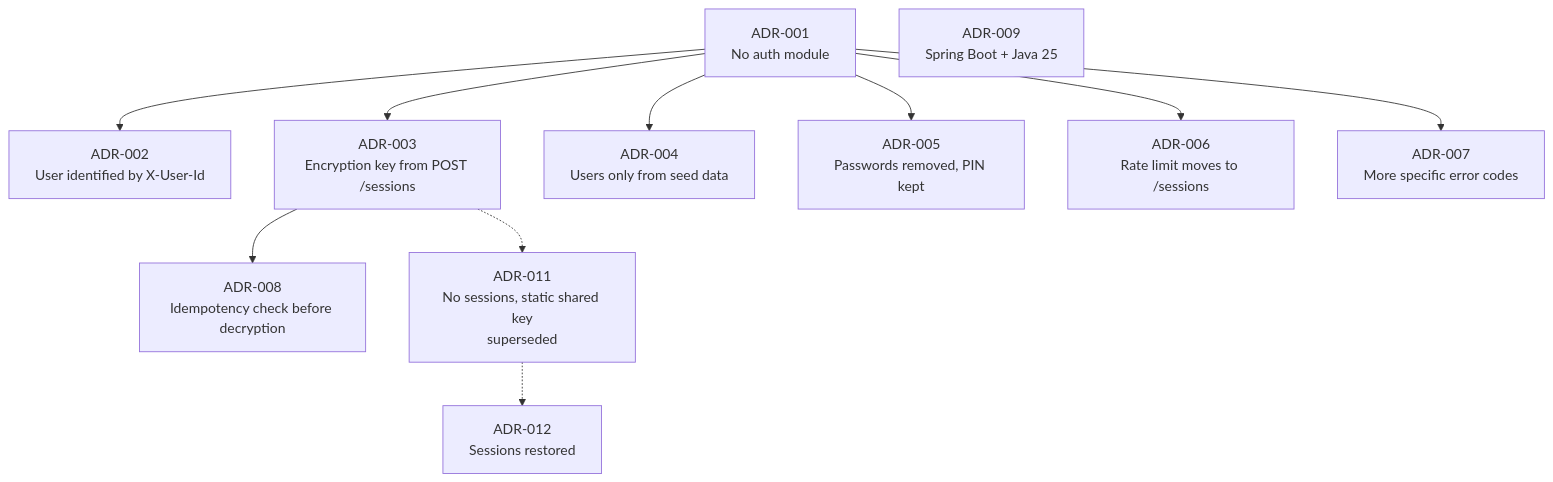
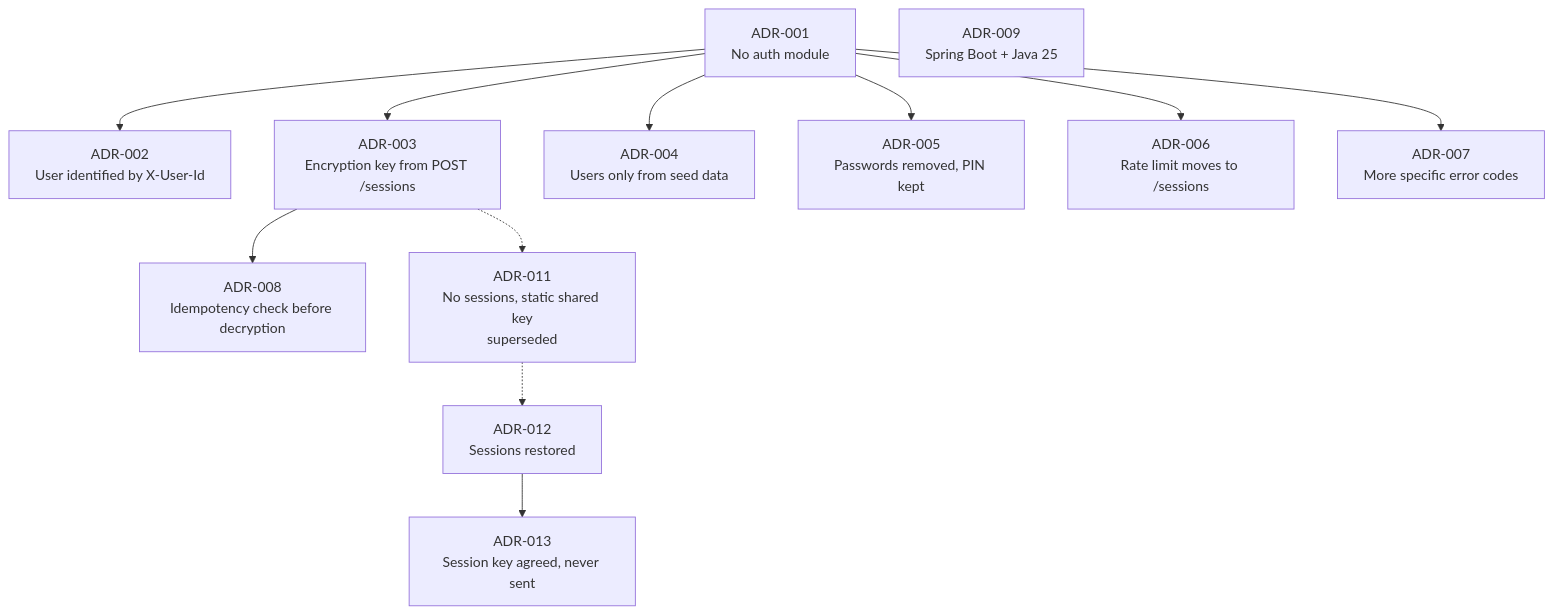
The diagram in docs/DECISIONS.md (M-o-m-e-n/Momkn-pay-backend), drawn with Mermaid before and after one commit. The commit also changed other lines of this file and 3 other files, not shown here.

First line of the commit message:
docs: record session key agreement in ADR-013 and the design docs

````diff
--- a/docs/DECISIONS.md
+++ b/docs/DECISIONS.md
@@ -14,13 +14,14 @@
 ```mermaid
 flowchart TD
     A[ADR-001<br/>No auth module] --> B[ADR-002<br/>User identified by X-User-Id]
     A --> C[ADR-003<br/>Encryption key from POST /sessions]
     A --> D[ADR-004<br/>Users only from seed data]
     A --> E[ADR-005<br/>Passwords removed, PIN kept]
     A --> F[ADR-006<br/>Rate limit moves to /sessions]
     A --> G[ADR-007<br/>More specific error codes]
     C --> H[ADR-008<br/>Idempotency check before decryption]
     C -.-> K[ADR-011<br/>No sessions, static shared key<br/>superseded]
     K -.-> L[ADR-012<br/>Sessions restored]
+    L --> M[ADR-013<br/>Session key agreed, never sent]
     I[ADR-009<br/>Spring Boot + Java 25]
 ```
````
